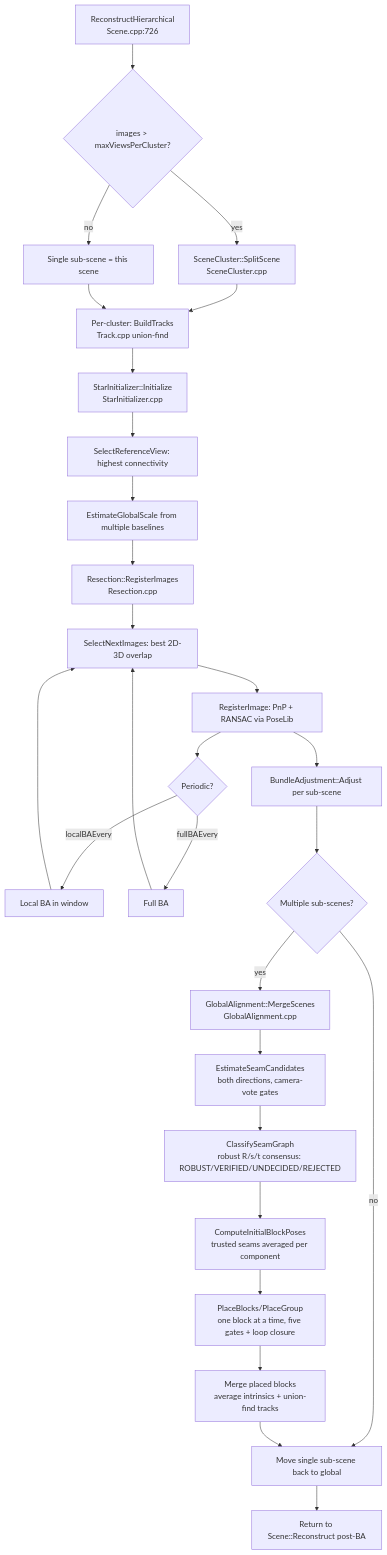
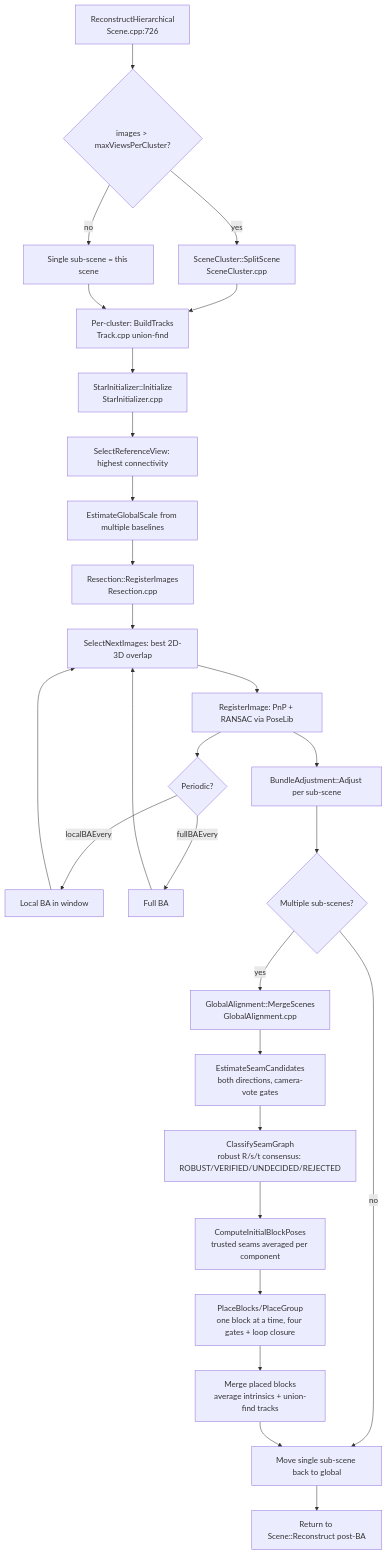
One commit to cdcseacave/openMVS changed the third of 10 diagrams in docs/pipeline-traces.md. Above: the diagram before and after it, drawn with Mermaid. The commit also changed other lines of this file and 9 other files, not shown here.

````diff
--- a/docs/pipeline-traces.md
+++ b/docs/pipeline-traces.md
@@ -196,30 +196,30 @@
 ```mermaid
 graph TD
     A[ReconstructHierarchical<br/>Scene.cpp:726] --> B{images > maxViewsPerCluster?}
     B -->|yes| C[SceneCluster::SplitScene<br/>SceneCluster.cpp]
     B -->|no| D[Single sub-scene = this scene]
     C --> E[Per-cluster: BuildTracks<br/>Track.cpp union-find]
     D --> E
     E --> F[StarInitializer::Initialize<br/>StarInitializer.cpp]
     F --> F1[SelectReferenceView: highest connectivity]
     F1 --> F2[EstimateGlobalScale from multiple baselines]
     F2 --> G[Resection::RegisterImages<br/>Resection.cpp]
     G --> G1[SelectNextImages: best 2D-3D overlap]
     G1 --> G2[RegisterImage: PnP + RANSAC via PoseLib]
     G2 --> G3{Periodic?}
     G3 -->|localBAEvery| G4[Local BA in window]
     G3 -->|fullBAEvery| G5[Full BA]
     G4 --> G1
     G5 --> G1
     G2 --> H[BundleAdjustment::Adjust per sub-scene]
     H --> I{Multiple sub-scenes?}
     I -->|no| J[Move single sub-scene back to global]
     I -->|yes| K[GlobalAlignment::MergeScenes<br/>GlobalAlignment.cpp]
     K --> K1[EstimateSeamCandidates<br/>both directions, camera-vote gates]
     K1 --> K2[ClassifySeamGraph<br/>robust R/s/t consensus: ROBUST/VERIFIED/UNDECIDED/REJECTED]
     K2 --> K3[ComputeInitialBlockPoses<br/>trusted seams averaged per component]
-    K3 --> K4[PlaceBlocks/PlaceGroup<br/>one block at a time, five gates + loop closure]
+    K3 --> K4[PlaceBlocks/PlaceGroup<br/>one block at a time, four gates + loop closure]
     K4 --> K5[Merge placed blocks<br/>average intrinsics + union-find tracks]
     K5 --> J
     J --> L[Return to Scene::Reconstruct post-BA]
 ```
````
